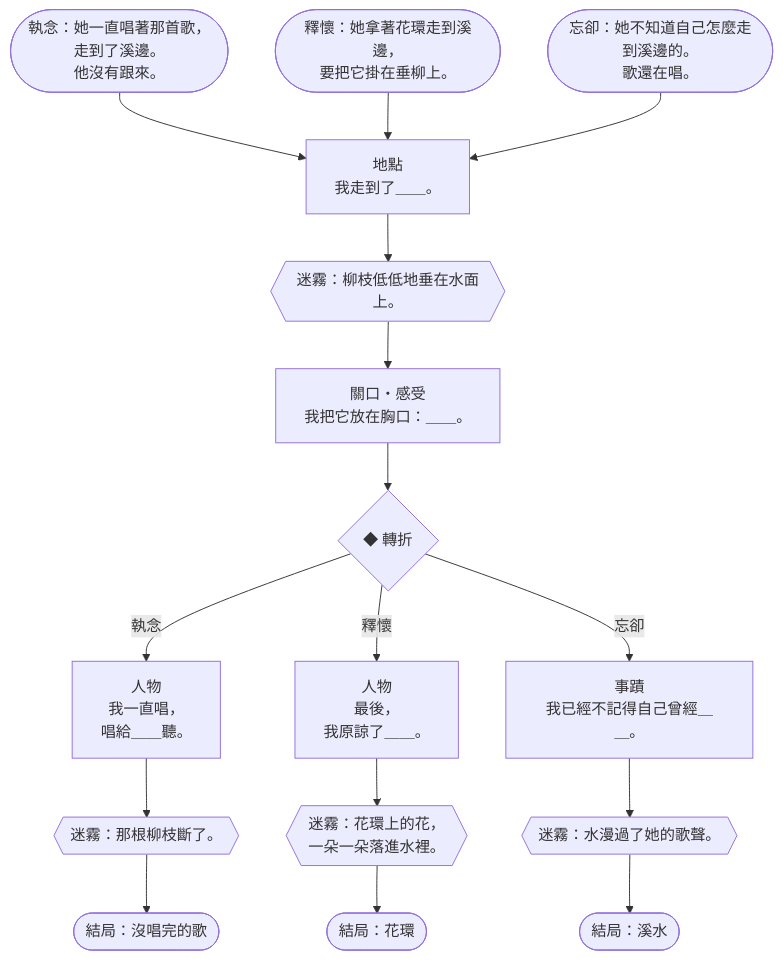
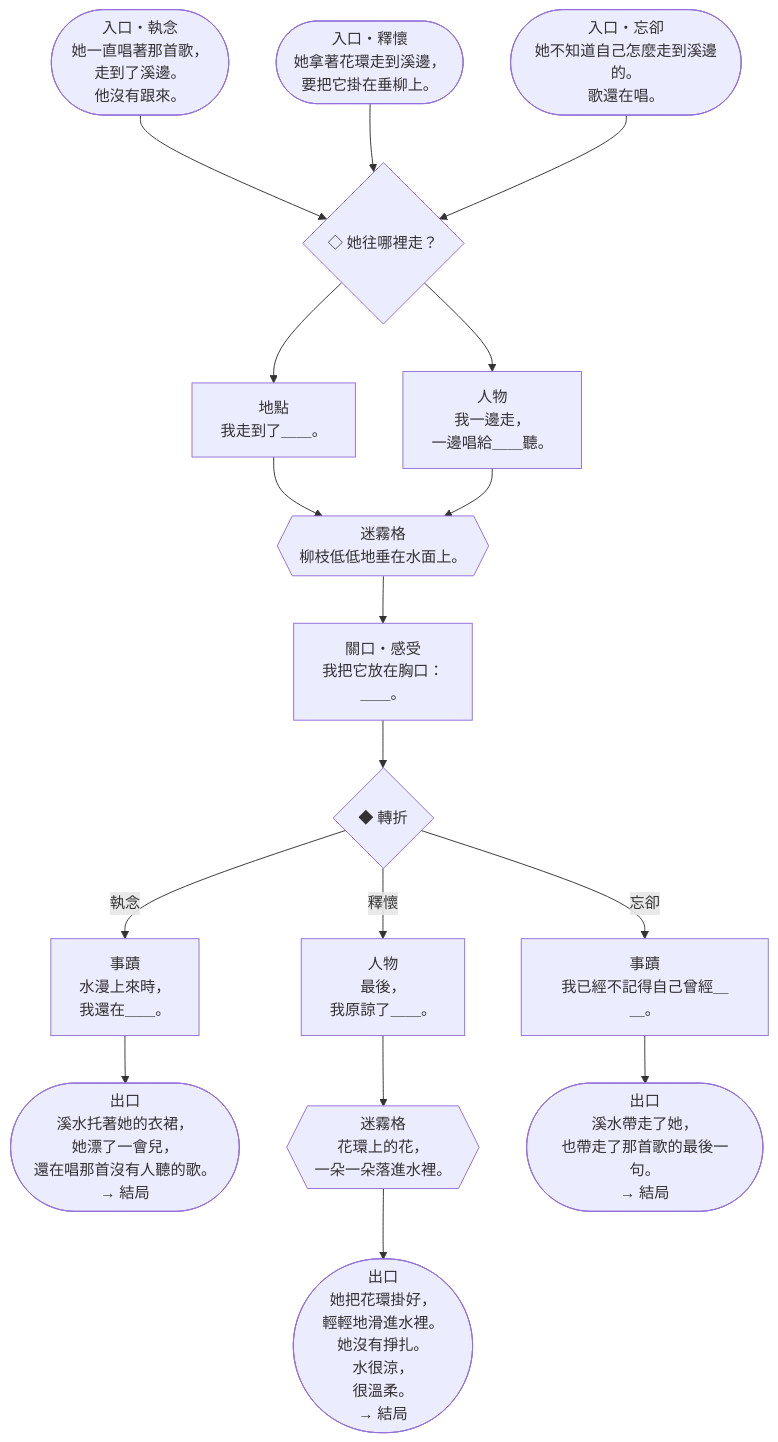
The sixth of 15 diagrams in docs/design/V5-storybooks.zh-TW.md (Ralph-Liu-Hub/Boardgame-Netherbloom), drawn with Mermaid before and after one commit. The commit also changed other lines of this file, not shown here.

````diff
--- a/docs/design/V5-storybooks.zh-TW.md
+++ b/docs/design/V5-storybooks.zh-TW.md
@@ -402,11 +524,32 @@
 ```mermaid
 flowchart TD
-  c2E0(["執念：她一直唱著那首歌，<br>走到了溪邊。<br>他沒有跟來。"]) --> c2A
-  c2E1(["釋懷：她拿著花環走到溪邊，<br>要把它掛在垂柳上。"]) --> c2A
-  c2E2(["忘卻：她不知道自己怎麼走到溪邊的。<br>歌還在唱。"]) --> c2A
-  c2A["地點<br>我走到了＿＿。"] --> c2M{{"迷霧：柳枝低低地垂在水面上。"}}
-  c2M --> c2B["關口・感受<br>我把它放在胸口：＿＿。"] --> c2T{"◆ 轉折"}
-  c2T -- 執念 --> c2C0["人物<br>我一直唱，<br>唱給＿＿聽。"] --> c2X0{{"迷霧：那根柳枝斷了。"}} --> c2O0(["結局：沒唱完的歌"])
-  c2T -- 釋懷 --> c2C1["人物<br>最後，<br>我原諒了＿＿。"] --> c2X1{{"迷霧：花環上的花，<br>一朵一朵落進水裡。"}} --> c2O1(["結局：花環"])
-  c2T -- 忘卻 --> c2C2["事蹟<br>我已經不記得自己曾經＿＿。"] --> c2X2{{"迷霧：水漫過了她的歌聲。"}} --> c2O2(["結局：溪水"])
+  c2E0(["入口・執念<br>她一直唱著那首歌，<br>走到了溪邊。<br>他沒有跟來。"]) --> c2p1
+  c2E1(["入口・釋懷<br>她拿著花環走到溪邊，<br>要把它掛在垂柳上。"]) --> c2p1
+  c2E2(["入口・忘卻<br>她不知道自己怎麼走到溪邊的。<br>歌還在唱。"]) --> c2p1
+  c2p1{"◇ 她往哪裡走？"}
+  c2p1 --> c2a1
+  c2p1 --> c2a2
+  c2a1["地點<br>我走到了＿＿。"]
+  c2a1 --> c2x1
+  c2a2["人物<br>我一邊走，<br>一邊唱給＿＿聽。"]
+  c2a2 --> c2x1
+  c2x1{{"迷霧格<br>柳枝低低地垂在水面上。"}}
+  c2x1 --> c2b
+  c2b["關口・感受<br>我把它放在胸口：<br>＿＿。"]
+  c2b --> c2f
+  c2f{"◆ 轉折"}
+  c2f -- 執念 --> c2c1
+  c2f -- 釋懷 --> c2c2
+  c2f -- 忘卻 --> c2c3
+  c2c1["事蹟<br>水漫上來時，<br>我還在＿＿。"]
+  c2c1 --> c2o1
+  c2c2["人物<br>最後，<br>我原諒了＿＿。"]
+  c2c2 --> c2x2
+  c2x2{{"迷霧格<br>花環上的花，<br>一朵一朵落進水裡。"}}
+  c2x2 --> c2o2
+  c2c3["事蹟<br>我已經不記得自己曾經＿＿。"]
+  c2c3 --> c2o3
+  c2o1(["出口<br>溪水托著她的衣裙，<br>她漂了一會兒，<br>還在唱那首沒有人聽的歌。<br>→ 結局"])
+  c2o2(["出口<br>她把花環掛好，<br>輕輕地滑進水裡。<br>她沒有掙扎。<br>水很涼，<br>很溫柔。<br>→ 結局"])
+  c2o3(["出口<br>溪水帶走了她，<br>也帶走了那首歌的最後一句。<br>→ 結局"])
 ```
````
